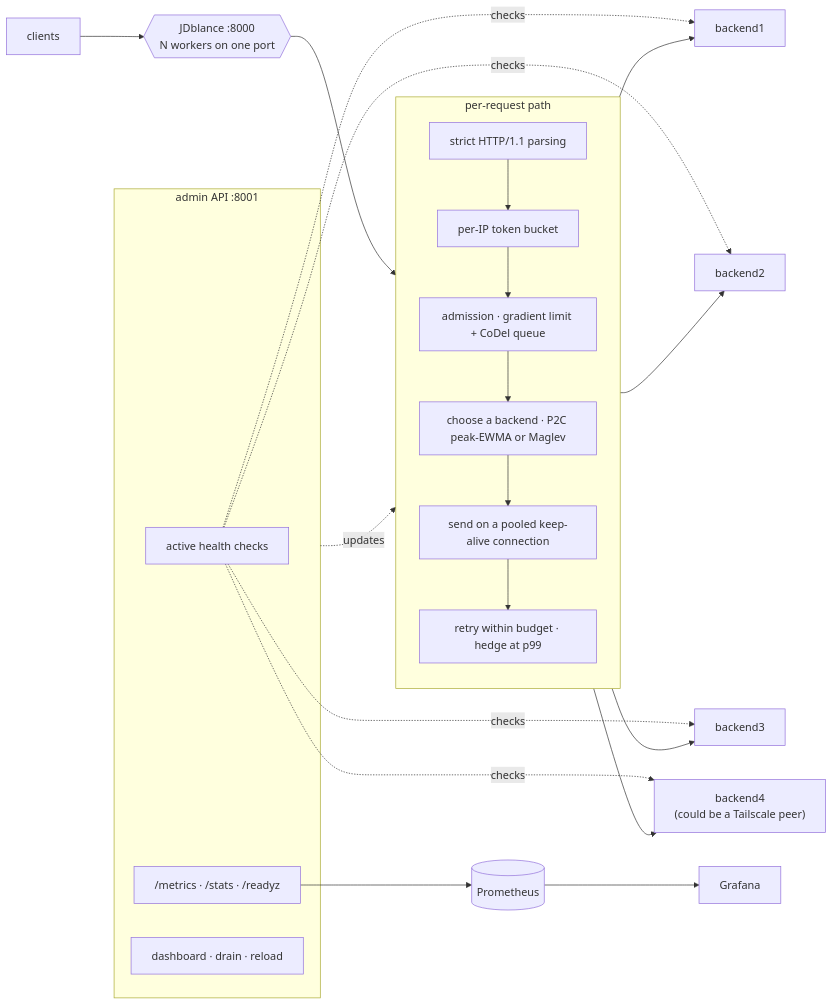
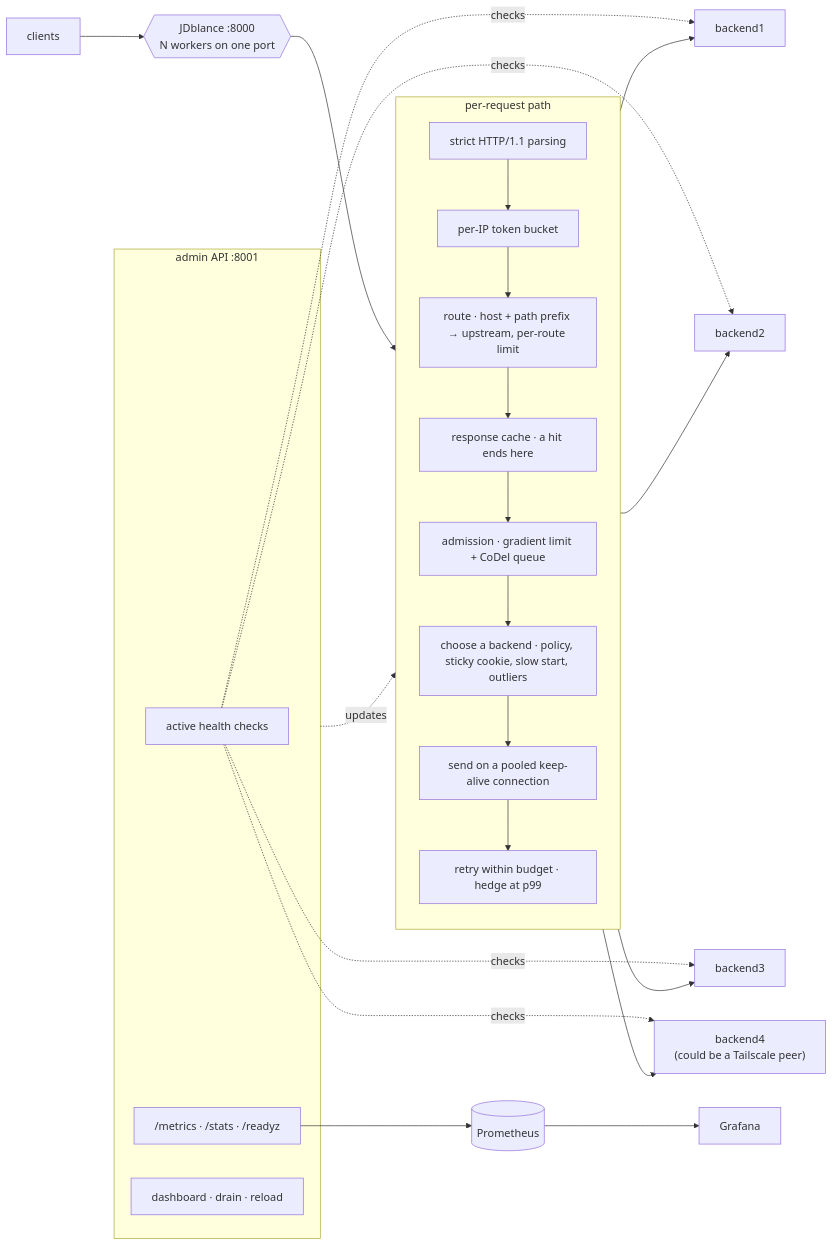
Before and after one commit to AlaynaMonteiro/JDblance: the diagram in README.md, drawn with Mermaid. The commit also changed other lines of this file and 19 other files, not shown here.

Commit message:
feat: add routing, sticky cookies, caching, slow start and outlier detection

````diff
--- a/README.md
+++ b/README.md
@@ -156,29 +182,31 @@
 ```mermaid
 flowchart LR
     C[clients] --> L{{"JDblance :8000<br/>N workers on one port"}}
 
     subgraph DP["per-request path"]
         direction TB
         P["strict HTTP/1.1 parsing"] --> R["per-IP token bucket"]
-        R --> A["admission · gradient limit + CoDel queue"]
-        A --> S["choose a backend · P2C peak-EWMA or Maglev"]
+        R --> RT["route · host + path prefix → upstream, per-route limit"]
+        RT --> CH["response cache · a hit ends here"]
+        CH --> A["admission · gradient limit + CoDel queue"]
+        A --> S["choose a backend · policy, sticky cookie, slow start, outliers"]
         S --> X["send on a pooled keep-alive connection"]
         X --> Y["retry within budget · hedge at p99"]
     end
 
     L --> DP
     DP --> B1[backend1]
     DP --> B2[backend2]
     DP --> B3[backend3]
     DP --> B4["backend4<br/>(could be a Tailscale peer)"]
 
     subgraph CP["admin API :8001"]
         H["active health checks"]
         M["/metrics · /stats · /readyz"]
         D["dashboard · drain · reload"]
     end
 
     H -.checks.-> B1 & B2 & B3 & B4
     CP -.updates.-> DP
     M --> PR[(Prometheus)] --> G[Grafana]
 ```
````
